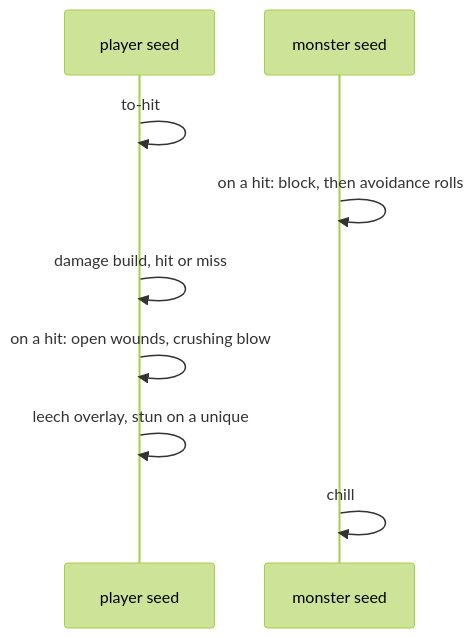
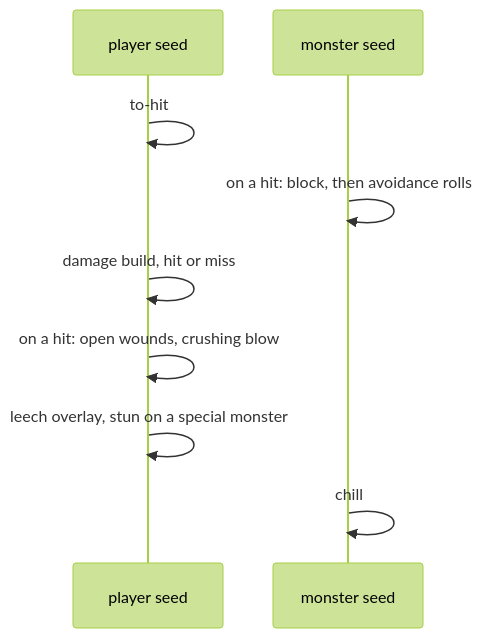
One commit to IgorKonovalov/diablo-2-recompilation changed the fourth of 4 diagrams in docs/wiki/combat.md. Above: the diagram before and after it, drawn with Mermaid (forest theme). The commit also changed other lines of this file and 9 other files, not shown here.

````diff
--- a/docs/wiki/combat.md
+++ b/docs/wiki/combat.md
@@ -359,11 +360,11 @@
 ```mermaid
 sequenceDiagram
   participant A as player seed
   participant M as monster seed
   A->>A: to-hit
   M->>M: on a hit: block, then avoidance rolls
   A->>A: damage build, hit or miss
   A->>A: on a hit: open wounds, crushing blow
-  A->>A: leech overlay, stun on a unique
+  A->>A: leech overlay, stun on a special monster
   M->>M: chill
 ```
````
